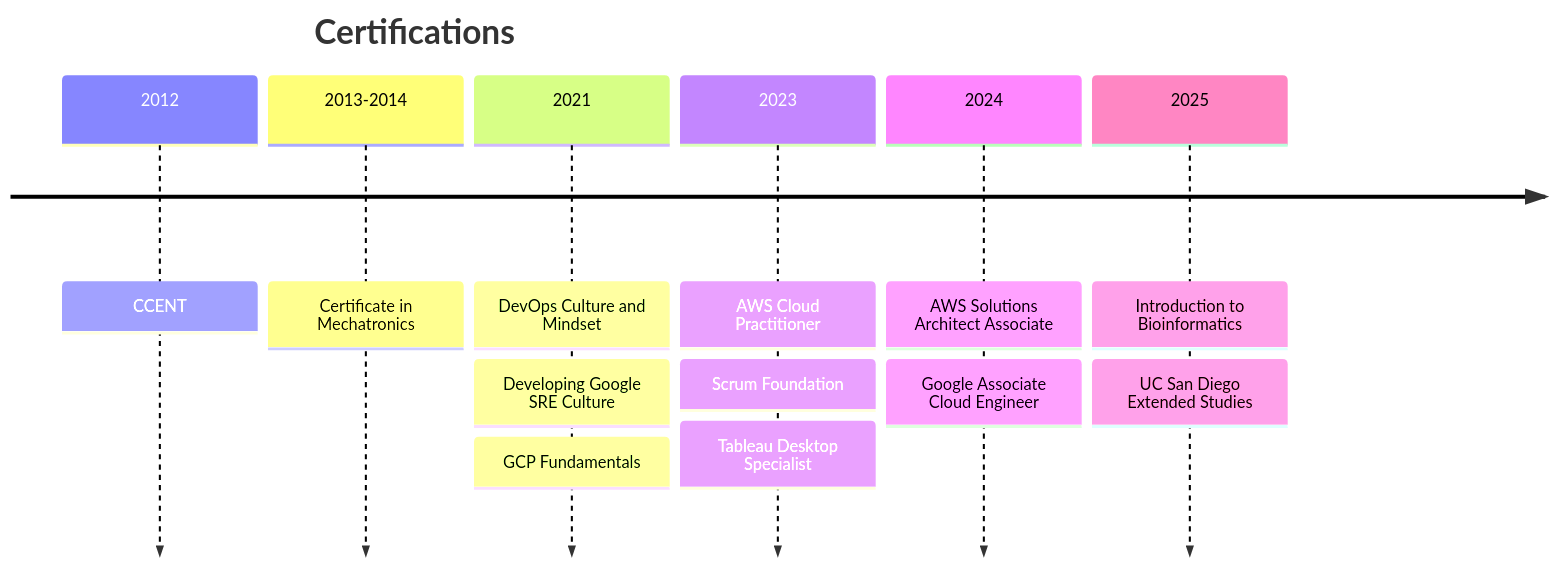
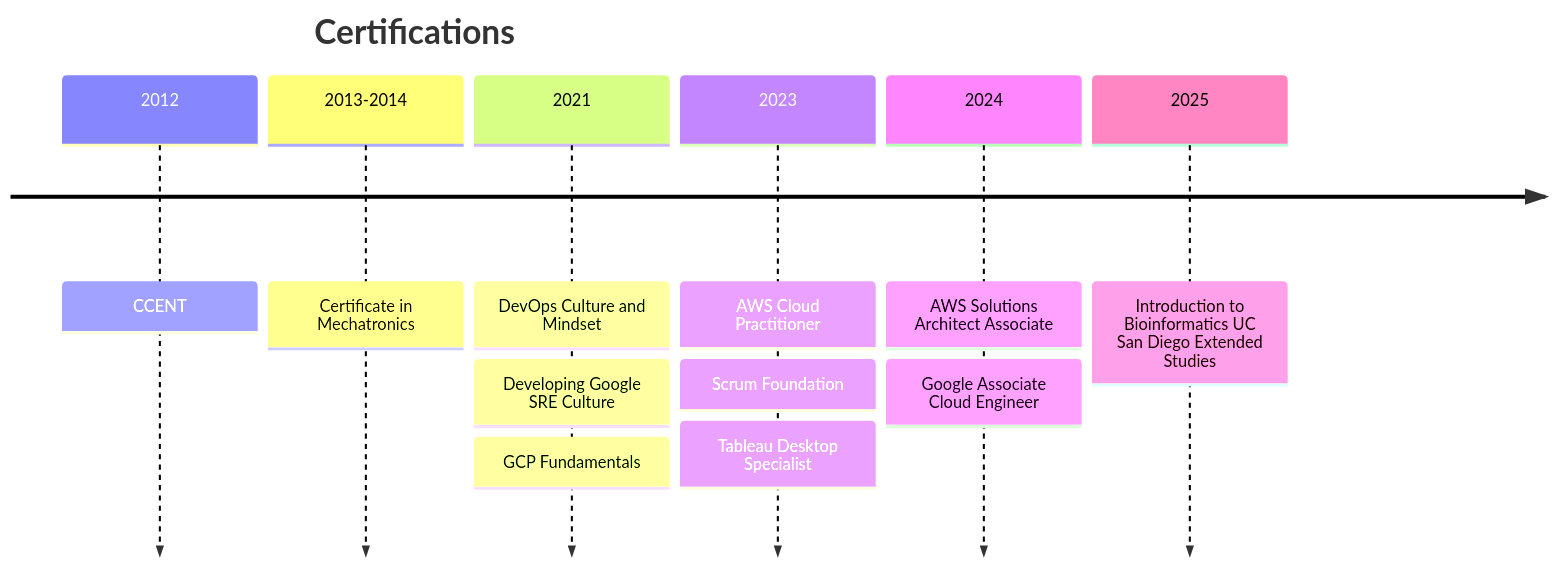
The second of 2 diagrams in index.md (andresjz/luis), drawn with Mermaid before and after one commit. The commit also changed other lines of this file, not shown here.

````diff
--- a/index.md
+++ b/index.md
@@ -103,16 +104,15 @@
 ```mermaid
 timeline
     title Certifications
     2012 :  CCENT
     2013-2014 : Certificate in Mechatronics
     2021 : DevOps Culture and Mindset
          : Developing Google SRE Culture
          : GCP Fundamentals
     2023 : AWS Cloud Practitioner
          : Scrum Foundation
          : Tableau Desktop Specialist
     2024 : AWS Solutions Architect Associate
          : Google Associate Cloud Engineer
-    2025 : Introduction to Bioinformatics
-         : UC San Diego Extended Studies
+    2025 : Introduction to Bioinformatics UC San Diego Extended Studies
 ```
````
